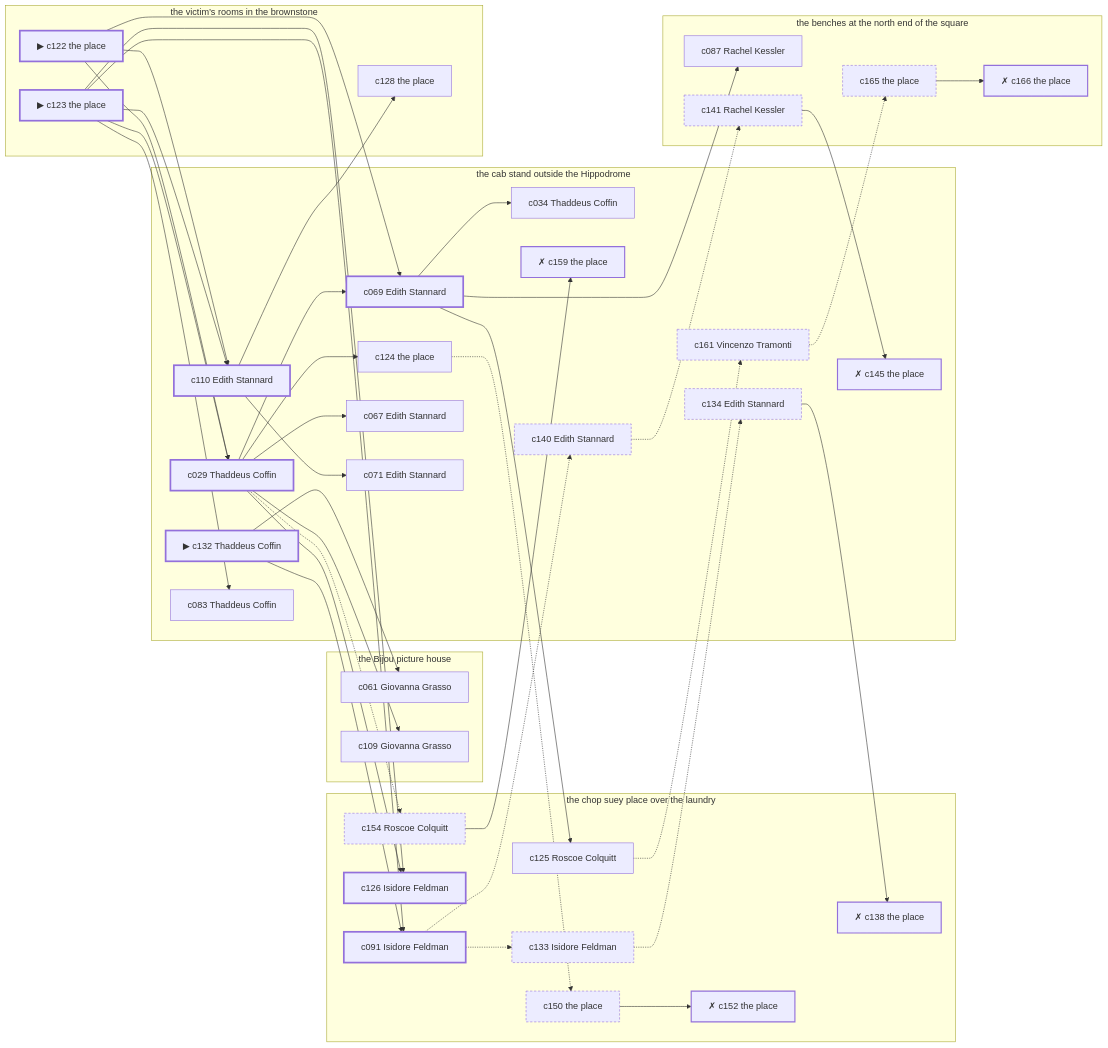
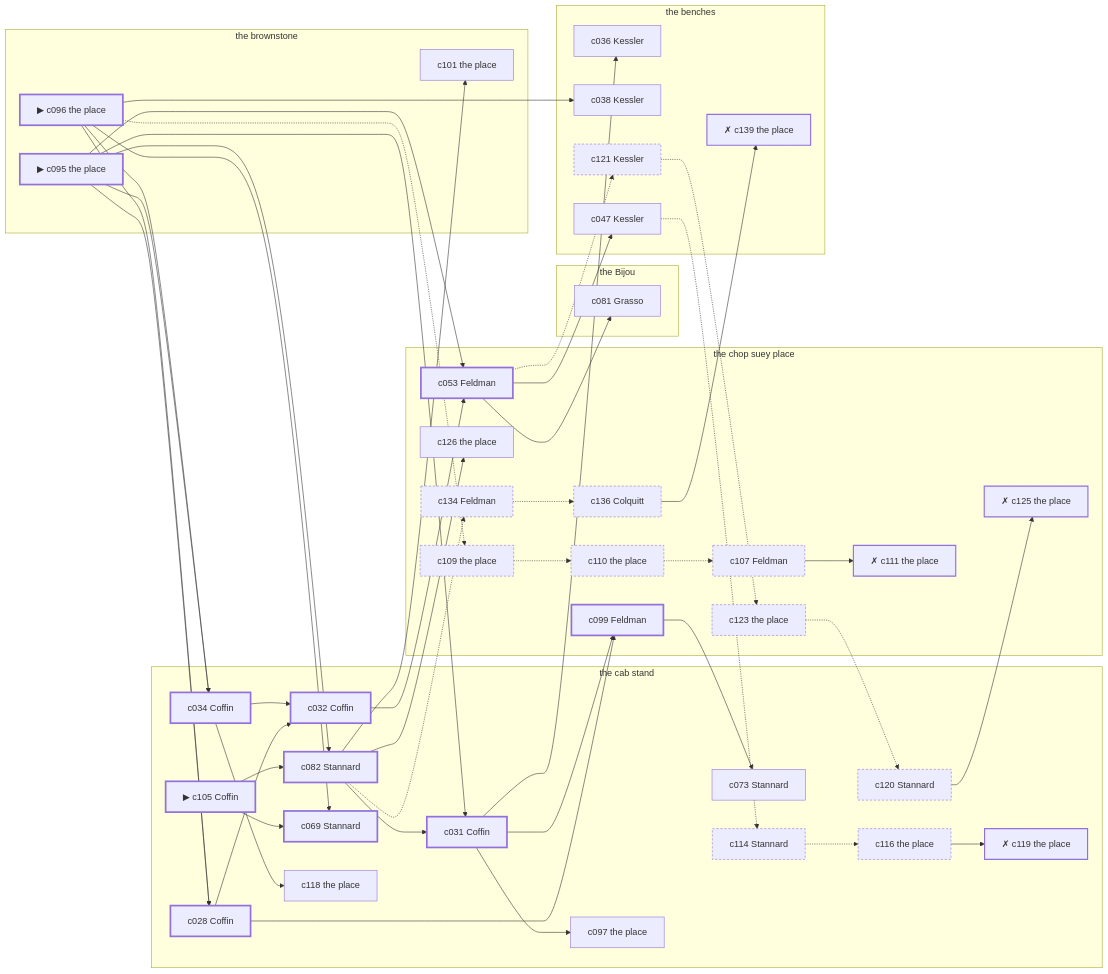
Before and after one commit to lyamshin/dashiell: the diagram in docs/samples/case-19.md, drawn with Mermaid. The commit also changed other lines of this file and 60 other files, not shown here.

````diff
--- a/docs/samples/case-19.md
+++ b/docs/samples/case-19.md
@@ -304,85 +313,94 @@
 ```mermaid
 graph LR
-  subgraph P1["the chop suey place over the laundry"]
-    c091["c091 Isidore Feldman"]
-    c126["c126 Isidore Feldman"]
-    c125["c125 Roscoe Colquitt"]
-    c154["c154 Roscoe Colquitt"]
-    c133["c133 Isidore Feldman"]
-    c138["✗ c138 the place"]
-    c150["c150 the place"]
-    c152["✗ c152 the place"]
+  subgraph P1["the chop suey place"]
+    c099["c099 Feldman"]
+    c053["c053 Feldman"]
+    c126["c126 the place"]
+    c123["c123 the place"]
+    c125["✗ c125 the place"]
+    c109["c109 the place"]
+    c110["c110 the place"]
+    c107["c107 Feldman"]
+    c111["✗ c111 the place"]
+    c134["c134 Feldman"]
+    c136["c136 Colquitt"]
   end
-  subgraph P2["the Bijou picture house"]
-    c061["c061 Giovanna Grasso"]
-    c109["c109 Giovanna Grasso"]
+  subgraph P2["the Bijou"]
+    c081["c081 Grasso"]
   end
-  subgraph P3["the cab stand outside the Hippodrome"]
-    c132["▶ c132 Thaddeus Coffin"]
-    c029["c029 Thaddeus Coffin"]
-    c110["c110 Edith Stannard"]
-    c069["c069 Edith Stannard"]
-    c124["c124 the place"]
-    c067["c067 Edith Stannard"]
-    c083["c083 Thaddeus Coffin"]
-    c034["c034 Thaddeus Coffin"]
-    c071["c071 Edith Stannard"]
-    c159["✗ c159 the place"]
-    c161["c161 Vincenzo Tramonti"]
-    c134["c134 Edith Stannard"]
-    c140["c140 Edith Stannard"]
-    c145["✗ c145 the place"]
+  subgraph P3["the cab stand"]
+    c105["▶ c105 Coffin"]
+    c028["c028 Coffin"]
+    c082["c082 Stannard"]
+    c034["c034 Coffin"]
+    c031["c031 Coffin"]
+    c032["c032 Coffin"]
+    c069["c069 Stannard"]
+    c097["c097 the place"]
+    c073["c073 Stannard"]
+    c118["c118 the place"]
+    c120["c120 Stannard"]
+    c114["c114 Stannard"]
+    c116["c116 the place"]
+    c119["✗ c119 the place"]
   end
-  subgraph P4["the benches at the north end of the square"]
-    c087["c087 Rachel Kessler"]
-    c165["c165 the place"]
-    c166["✗ c166 the place"]
-    c141["c141 Rachel Kessler"]
+  subgraph P4["the benches"]
+    c036["c036 Kessler"]
+    c038["c038 Kessler"]
+    c047["c047 Kessler"]
+    c121["c121 Kessler"]
+    c139["✗ c139 the place"]
   end
-  subgraph P5["the victim’s rooms in the brownstone"]
-    c122["▶ c122 the place"]
-    c123["▶ c123 the place"]
-    c128["c128 the place"]
+  subgraph P5["the brownstone"]
+    c095["▶ c095 the place"]
+    c096["▶ c096 the place"]
+    c101["c101 the place"]
   end
-  c122 --> c029
-  c122 --> c110
-  c122 --> c069
-  c123 --> c091
-  c123 --> c029
-  c123 --> c126
-  c123 --> c110
-  c123 --> c083
-  c132 --> c091
-  c132 --> c061
-  c091 -.-> c133
-  c091 -.-> c140
-  c029 --> c126
-  c029 --> c069
-  c029 --> c124
-  c029 --> c067
-  c029 --> c109
-  c029 -.-> c154
-  c110 --> c128
-  c110 --> c071
-  c069 --> c087
-  c069 --> c125
-  c069 --> c034
-  c124 -.-> c150
-  c125 -.-> c161
-  c154 --> c159
-  c161 -.-> c165
-  c165 --> c166
-  c133 -.-> c134
-  c134 --> c138
-  c140 -.-> c141
-  c141 --> c145
-  c150 --> c152
+  c095 --> c028
+  c095 --> c082
+  c095 --> c034
+  c095 --> c031
+  c095 --> c053
+  c096 --> c028
+  c096 --> c034
+  c096 --> c069
+  c096 --> c038
+  c096 -.-> c109
+  c105 --> c082
+  c105 --> c069
+  c028 --> c032
+  c028 --> c099
+  c082 --> c031
+  c082 --> c101
+  c082 --> c126
+  c082 -.-> c134
+  c034 --> c032
+  c034 --> c118
+  c031 --> c099
+  c031 --> c036
+  c031 --> c097
+  c032 --> c053
+  c099 --> c073
+  c053 --> c081
+  c053 --> c047
+  c053 -.-> c121
+  c047 -.-> c114
+  c121 -.-> c123
+  c123 -.-> c120
+  c120 --> c125
+  c109 -.-> c110
+  c110 -.-> c107
+  c107 --> c111
+  c114 -.-> c116
+  c116 --> c119
+  c134 -.-> c136
+  c136 --> c139
   classDef spine stroke-width:3px;
   classDef corrob stroke-width:1px;
   classDef noise stroke-dasharray: 4 3;
   classDef disq stroke-width:2px,stroke-dasharray: 1 0;
-  class c122,c123,c132,c091,c029,c126,c110,c069 spine;
-  class c087,c061,c128,c124,c067,c083,c109,c125,c034,c071 corrob;
-  class c154,c161,c165,c133,c134,c140,c141,c150 noise;
-  class c159,c166,c138,c145,c152 disq;
+  class c095,c096,c105,c028,c082,c034,c031,c032,c069,c099,c053 spine;
+  class c081,c036,c097,c101,c073,c038,c118,c126,c047 corrob;
+  class c121,c123,c120,c109,c110,c107,c114,c116,c134,c136 noise;
+  class c125,c111,c119,c139 disq;
 ```
````
